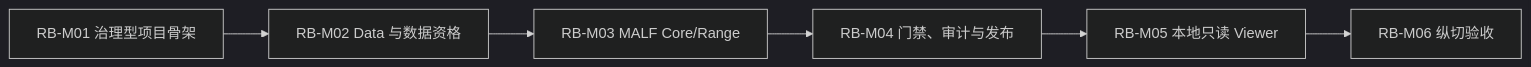
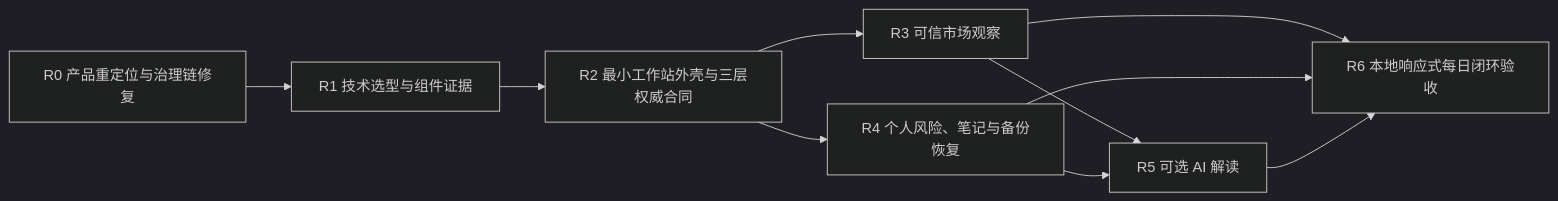
One commit to everything-is-simple/asteria-riskbench changed the diagram in docs/implementation/01-RiskBench-v0.1-实施路线图.md. Above: the diagram before and after it, drawn with Mermaid (dark theme). The commit also changed other lines of this file and 12 other files, not shown here.

````diff
--- a/docs/implementation/01-RiskBench-v0.1-实施路线图.md
+++ b/docs/implementation/01-RiskBench-v0.1-实施路线图.md
@@ -138,8 +28,12 @@
 ```mermaid
 flowchart LR
-    M01["RB-M01 治理型项目骨架"] --> M02["RB-M02 Data 与数据资格"]
-    M02 --> M03["RB-M03 MALF Core/Range"]
-    M03 --> M04["RB-M04 门禁、审计与发布"]
-    M04 --> M05["RB-M05 本地只读 Viewer"]
-    M05 --> M06["RB-M06 纵切验收"]
+    R0["R0 产品重定位与治理链修复"] --> R1["R1 技术选型与组件证据"]
+    R1 --> R2["R2 最小工作站外壳与三层权威合同"]
+    R2 --> R3["R3 可信市场观察"]
+    R2 --> R4["R4 个人风险、笔记与备份恢复"]
+    R3 --> R5["R5 可选 AI 解读"]
+    R4 --> R5
+    R3 --> R6["R6 本地响应式每日闭环验收"]
+    R4 --> R6
+    R5 --> R6
 ```
````
